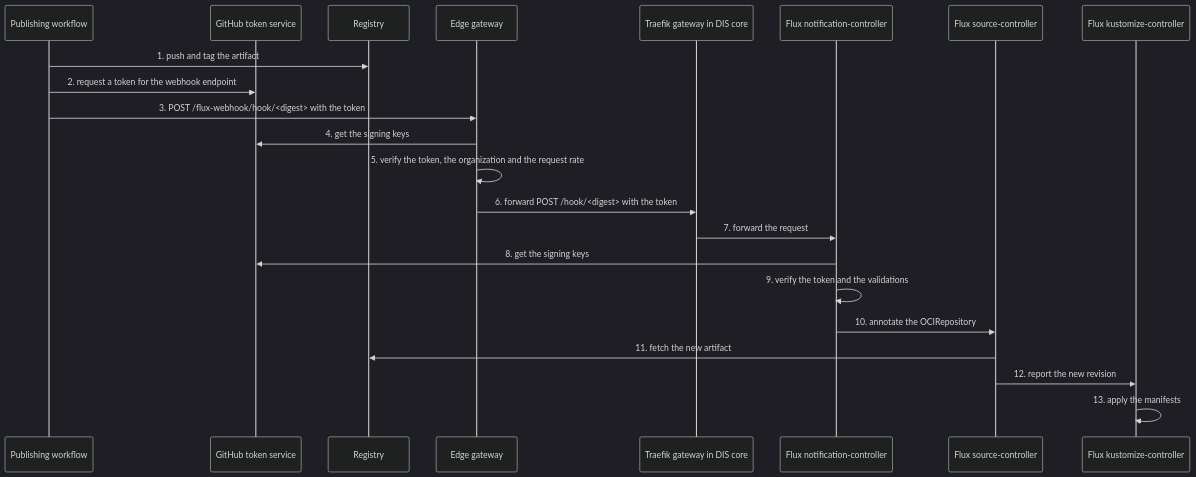
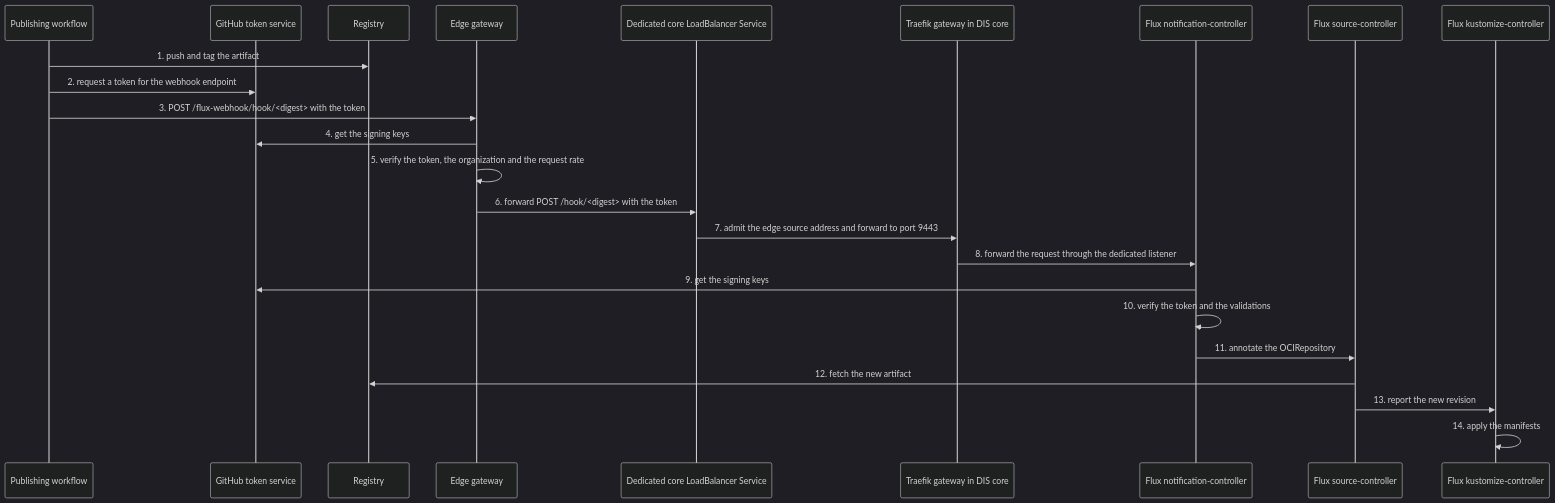
One commit to Altinn/altinn-platform changed the second of 2 diagrams in rfcs/0017-on-demand-flux-reconcile.md. Above: the diagram before and after it, drawn with Mermaid (dark theme). The commit also changed other lines of this file, not shown here.

Commit message:
docs(rfcs): restrict Flux webhook ingress to the DIS edge

````diff
--- a/rfcs/0017-on-demand-flux-reconcile.md
+++ b/rfcs/0017-on-demand-flux-reconcile.md
@@ -148,24 +208,26 @@
 ```mermaid
 sequenceDiagram
     participant wf as Publishing workflow
     participant gh as GitHub token service
     participant acr as Registry
     participant eg as Edge gateway
+    participant lb as Dedicated core LoadBalancer Service
     participant gw as Traefik gateway in DIS core
     participant nc as Flux notification-controller
     participant sc as Flux source-controller
     participant kc as Flux kustomize-controller
     wf->>acr: 1. push and tag the artifact
     wf->>gh: 2. request a token for the webhook endpoint
     wf->>eg: 3. POST /flux-webhook/hook/<digest> with the token
     eg->>gh: 4. get the signing keys
     eg->>eg: 5. verify the token, the organization and the request rate
-    eg->>gw: 6. forward POST /hook/<digest> with the token
-    gw->>nc: 7. forward the request
-    nc->>gh: 8. get the signing keys
-    nc->>nc: 9. verify the token and the validations
-    nc->>sc: 10. annotate the OCIRepository
-    sc->>acr: 11. fetch the new artifact
-    sc->>kc: 12. report the new revision
-    kc->>kc: 13. apply the manifests
+    eg->>lb: 6. forward POST /hook/<digest> with the token
+    lb->>gw: 7. admit the edge source address and forward to port 9443
+    gw->>nc: 8. forward the request through the dedicated listener
+    nc->>gh: 9. get the signing keys
+    nc->>nc: 10. verify the token and the validations
+    nc->>sc: 11. annotate the OCIRepository
+    sc->>acr: 12. fetch the new artifact
+    sc->>kc: 13. report the new revision
+    kc->>kc: 14. apply the manifests
 ```
````
